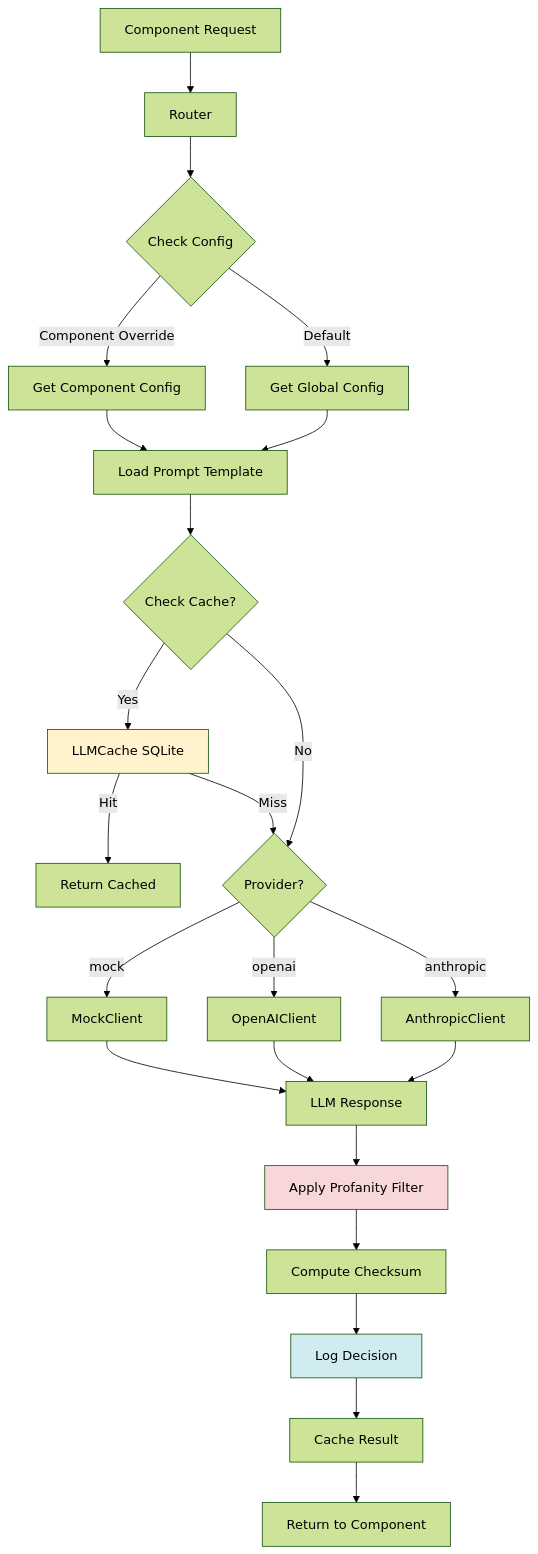
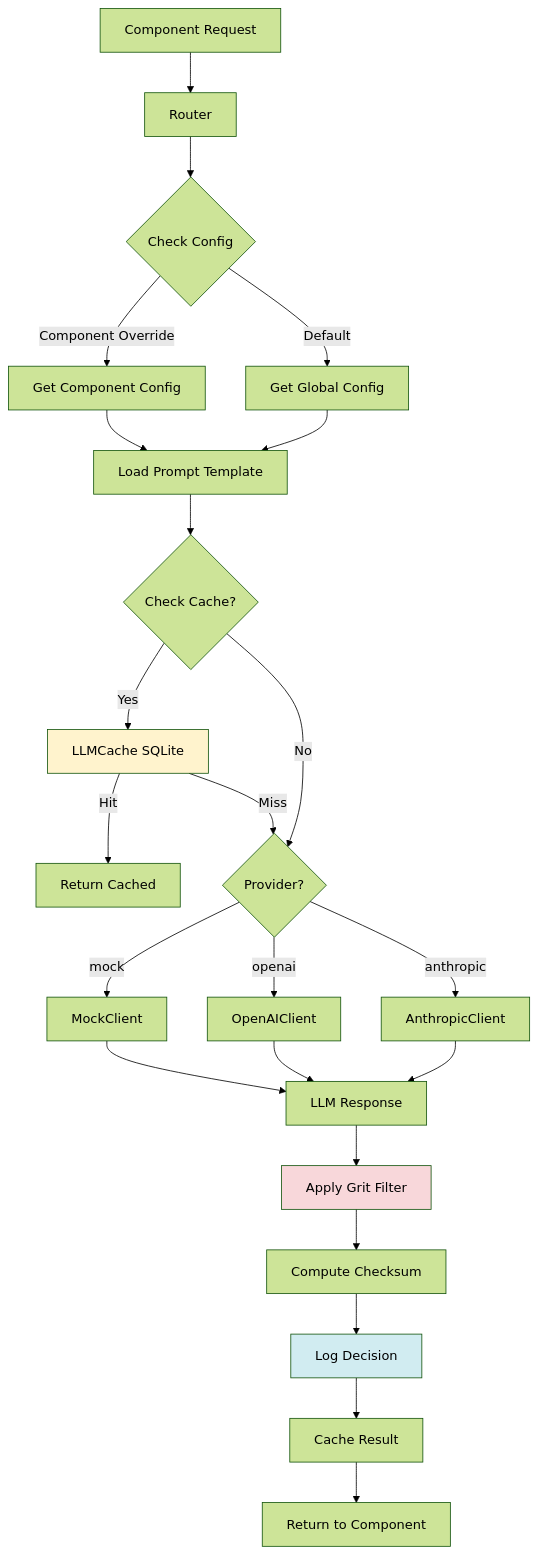
Before and after one commit to AndrewMichael2020/literary-structure-generator: the second of 6 diagrams in docs/architecture.md, drawn with Mermaid (forest theme). The commit also changed other lines of this file and 9 other files, not shown here.

Commit message:
Update remaining docs: change profanity to grit terminology

````diff
--- a/docs/architecture.md
+++ b/docs/architecture.md
@@ -42,29 +42,29 @@
 ```mermaid
 flowchart TB
     A[Component Request] --> B[Router]
     B --> C{Check Config}
     C -->|Component Override| D[Get Component Config]
     C -->|Default| E[Get Global Config]
     D --> F[Load Prompt Template]
     E --> F
     F --> G{Check Cache?}
     G -->|Yes| H[LLMCache SQLite]
     H -->|Hit| I[Return Cached]
     H -->|Miss| J{Provider?}
     G -->|No| J
     J -->|mock| K[MockClient]
     J -->|openai| L[OpenAIClient]
     J -->|anthropic| M[AnthropicClient]
     K --> N[LLM Response]
     L --> N
     M --> N
-    N --> O[Apply Profanity Filter]
+    N --> O[Apply Grit Filter]
     O --> P[Compute Checksum]
     P --> Q[Log Decision]
     Q --> R[Cache Result]
     R --> S[Return to Component]
     
     style H fill:#fff3cd
     style O fill:#f8d7da
     style Q fill:#d1ecf1
 ```
````
